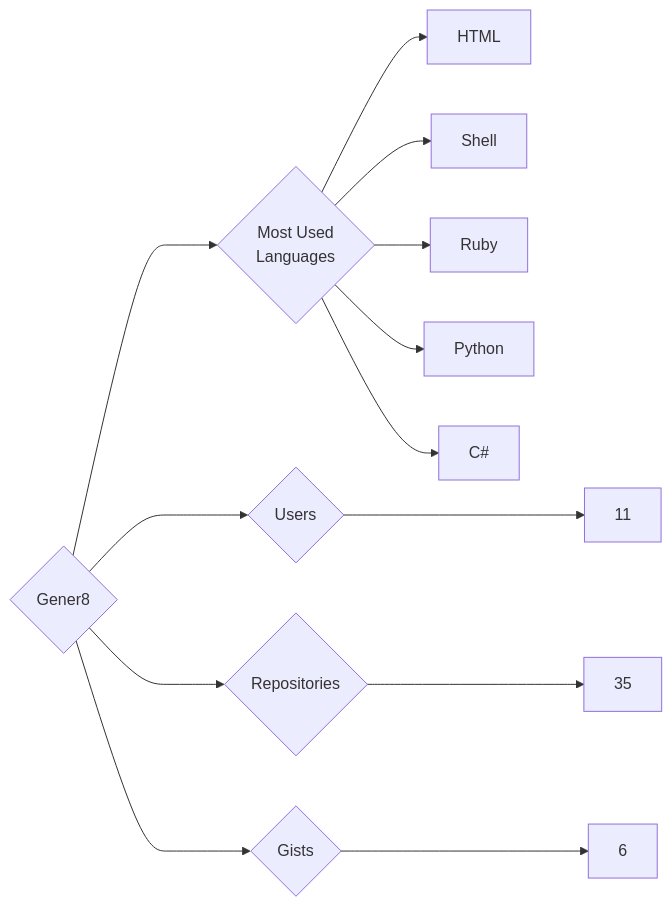
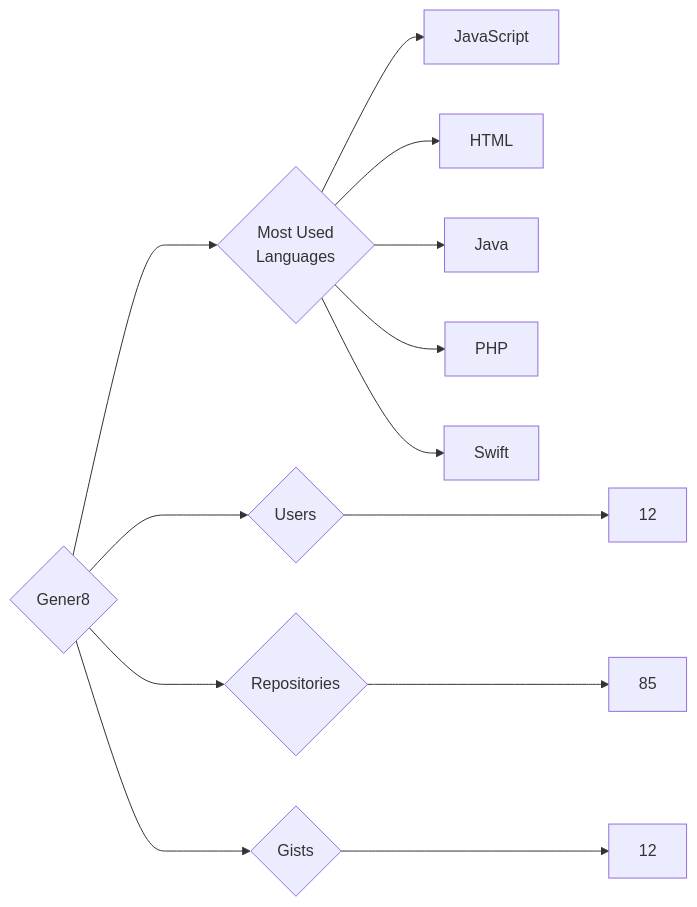
Before and after one commit to trickest/insiders: the diagram in targets/Gener8/README.md, drawn with Mermaid. The commit also changed 749 other files, not shown here.

````diff
--- a/targets/Gener8/README.md
+++ b/targets/Gener8/README.md
@@ -3,13 +3,13 @@
 ```mermaid
 graph LR
 COMPANY_NAME{Gener8}
-COMPANY_NAME ---> U{Users} ---> UN[11]
-COMPANY_NAME ---> R{Repositories} ---> RN[35]
-COMPANY_NAME ---> G{Gists} ---> GN[6]
+COMPANY_NAME ---> U{Users} ---> UN[12]
+COMPANY_NAME ---> R{Repositories} ---> RN[85]
+COMPANY_NAME ---> G{Gists} ---> GN[12]
 COMPANY_NAME ---> ML{Most Used<br>Languages}
+ML --> JavaScript[JavaScript]
 ML --> HTML[HTML]
-ML --> Shell[Shell]
-ML --> Ruby[Ruby]
-ML --> Python[Python]
-ML --> C#[C#]
+ML --> Java[Java]
+ML --> PHP[PHP]
+ML --> Swift[Swift]
 ```
````
